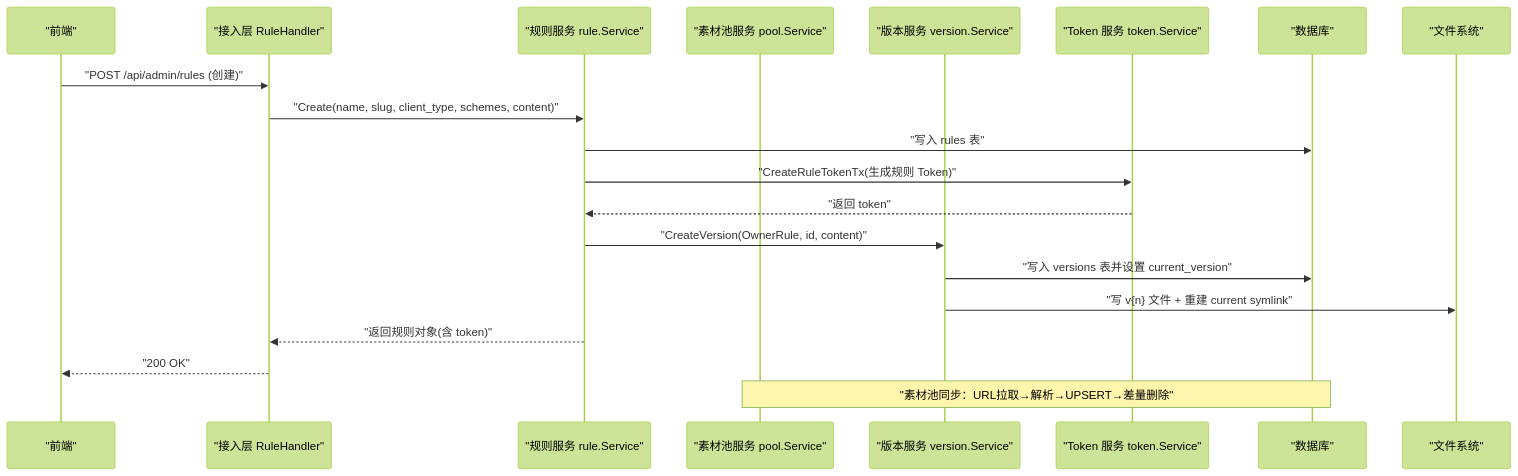
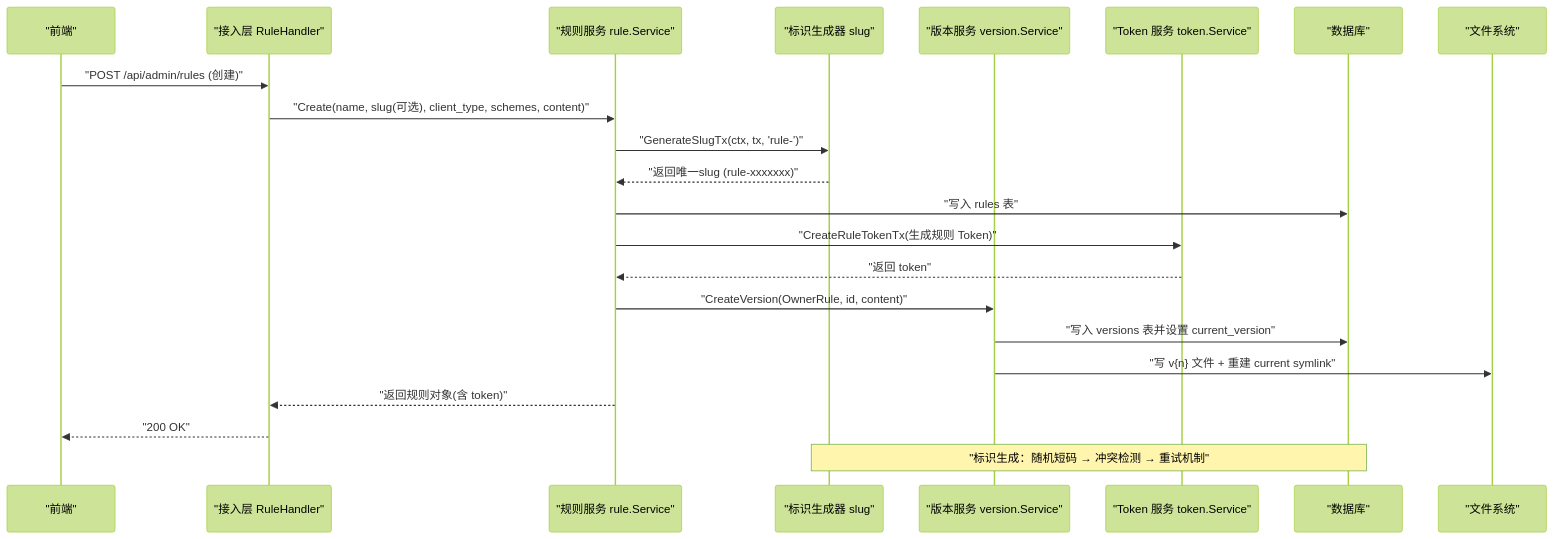
One commit to AlcaProphet/VPN-Subscription-Management changed the second of 5 diagrams in .qoder/repowiki/zh/content/核心功能模块/规则引擎.md. Above: the diagram before and after it, drawn with Mermaid (forest theme). The commit also changed other lines of this file and 5 other files, not shown here.

````diff
--- a/.qoder/repowiki/zh/content/核心功能模块/规则引擎.md
+++ b/.qoder/repowiki/zh/content/核心功能模块/规则引擎.md
@@ -112,22 +117,24 @@
 ```mermaid
 sequenceDiagram
 participant FE as "前端"
 participant API as "接入层 RuleHandler"
 participant RS as "规则服务 rule.Service"
-participant PS as "素材池服务 pool.Service"
+participant SG as "标识生成器 slug"
 participant VS as "版本服务 version.Service"
 participant TS as "Token 服务 token.Service"
 participant DB as "数据库"
 participant FS as "文件系统"
 FE->>API : "POST /api/admin/rules (创建)"
-API->>RS : "Create(name, slug, client_type, schemes, content)"
+API->>RS : "Create(name, slug(可选), client_type, schemes, content)"
+RS->>SG : "GenerateSlugTx(ctx, tx, 'rule-')"
+SG-->>RS : "返回唯一slug (rule-xxxxxxx)"
 RS->>DB : "写入 rules 表"
 RS->>TS : "CreateRuleTokenTx(生成规则 Token)"
 TS-->>RS : "返回 token"
 RS->>VS : "CreateVersion(OwnerRule, id, content)"
 VS->>DB : "写入 versions 表并设置 current_version"
 VS->>FS : "写 v{n} 文件 + 重建 current symlink"
 RS-->>API : "返回规则对象(含 token)"
 API-->>FE : "200 OK"
-Note over PS,DB : "素材池同步：URL拉取→解析→UPSERT→差量删除"
+Note over SG,DB : "标识生成：随机短码 → 冲突检测 → 重试机制"
 ```
````
